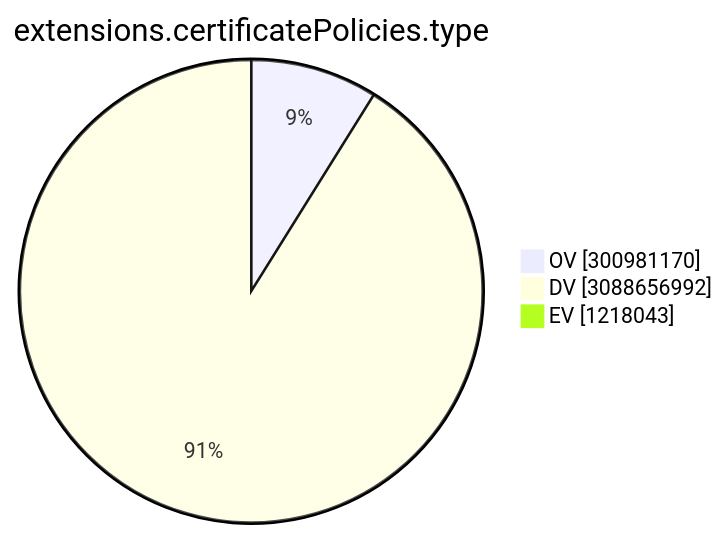
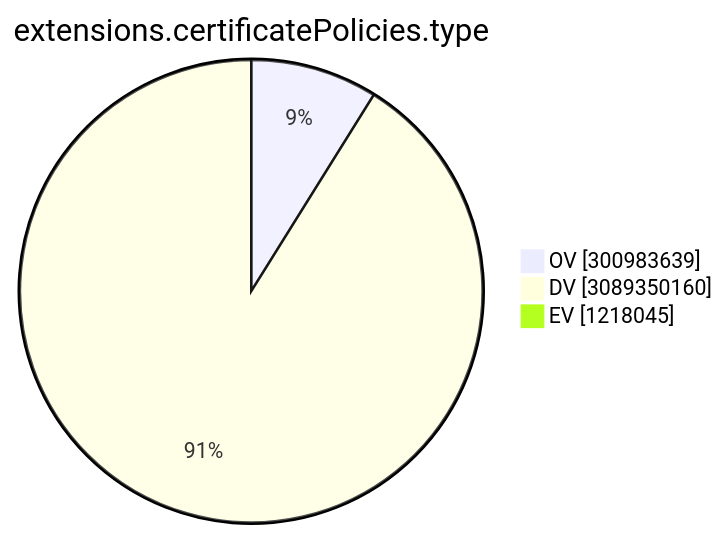
One commit to christiankrug/ctmonitor_visualization changed the ninth of 15 diagrams in TOTAL/README.md. Above: the diagram before and after it, drawn with Mermaid. The commit also changed other lines of this file, not shown here.

````diff
--- a/TOTAL/README.md
+++ b/TOTAL/README.md
@@ -3103,7 +3103,7 @@
 ```mermaid
 pie showData
 title extensions.certificatePolicies.type
-"OV" :300981170
-"DV" :3088656992
-"EV" :1218043
+"OV" :300983639
+"DV" :3089350160
+"EV" :1218045
 ```
````
